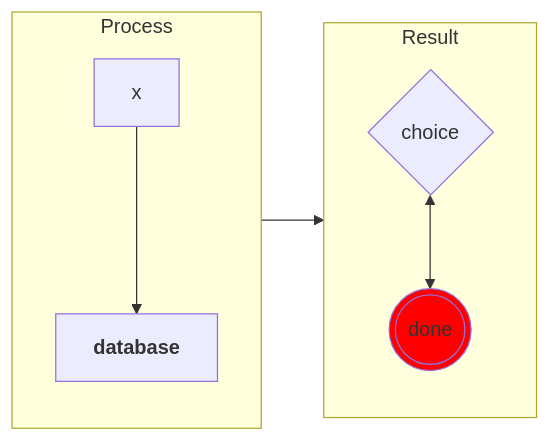
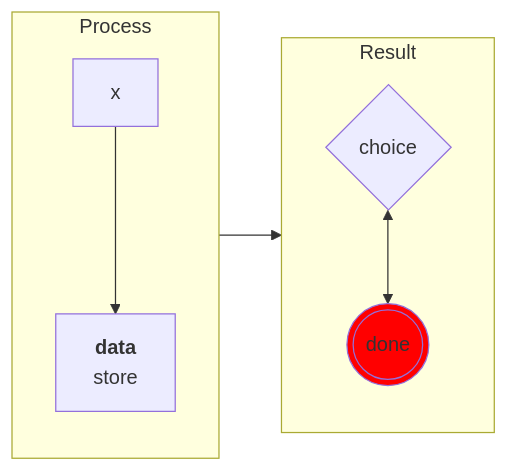
Before and after one commit to unexge/mdr: the first of 2 diagrams in bombadil/fixture.md, drawn with Mermaid. The commit also changed other lines of this file and 6 other files, not shown here.

First line of the commit message:
feat: Improve Mermaid terminal rendering

````diff
--- a/bombadil/fixture.md
+++ b/bombadil/fixture.md
@@ -47,12 +47,12 @@
 ```mermaid
 flowchart LR
 subgraph process [Process]
 direction TB
-A["x"] e1@---> B["`**database**`"]
+A["x"] e1@---> B["`**data**<br/>store`"]
 end
 subgraph result [Result]
 C{choice} <--> D(((done))):::terminal
 end
 process --> result
 classDef terminal fill:red
 ```
````
